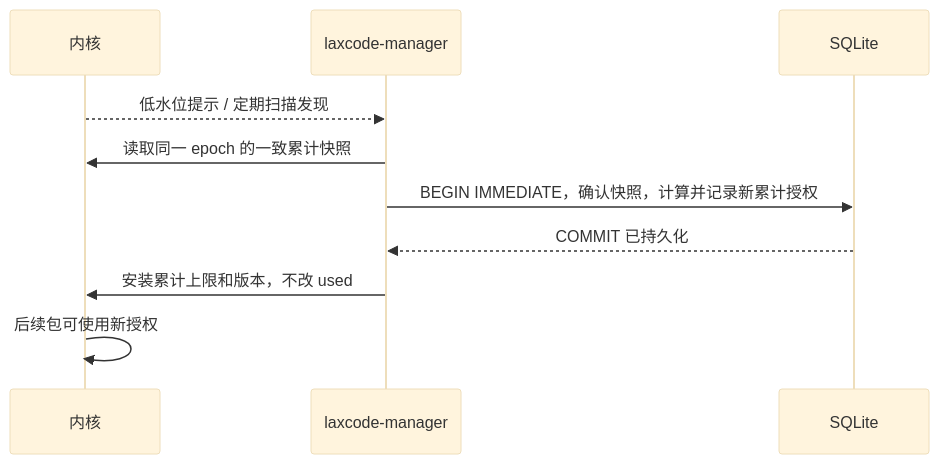
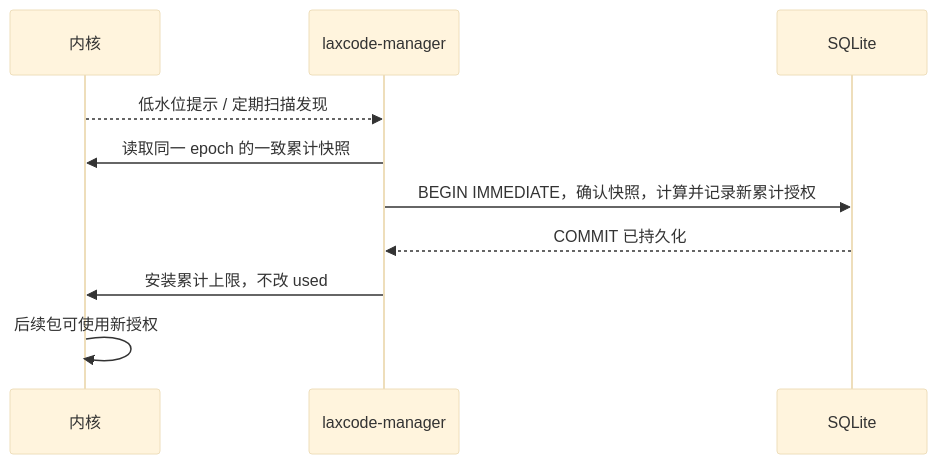
The third of 4 diagrams in docs/laxcode-manager-network-quota-design.md (mikellxy/laxcode), drawn with Mermaid (base theme) before and after one commit. The commit also changed other lines of this file and 21 other files, not shown here.

````diff
--- a/docs/laxcode-manager-network-quota-design.md
+++ b/docs/laxcode-manager-network-quota-design.md
@@ -336,12 +335,12 @@
 ```mermaid
 sequenceDiagram
     participant K as 内核
     participant M as laxcode-manager
     participant D as SQLite
     K-->>M: 低水位提示 / 定期扫描发现
     M->>K: 读取同一 epoch 的一致累计快照
     M->>D: BEGIN IMMEDIATE，确认快照，计算并记录新累计授权
     D-->>M: COMMIT 已持久化
-    M->>K: 安装累计上限和版本，不改 used
+    M->>K: 安装累计上限，不改 used
     K->>K: 后续包可使用新授权
 ```
````
